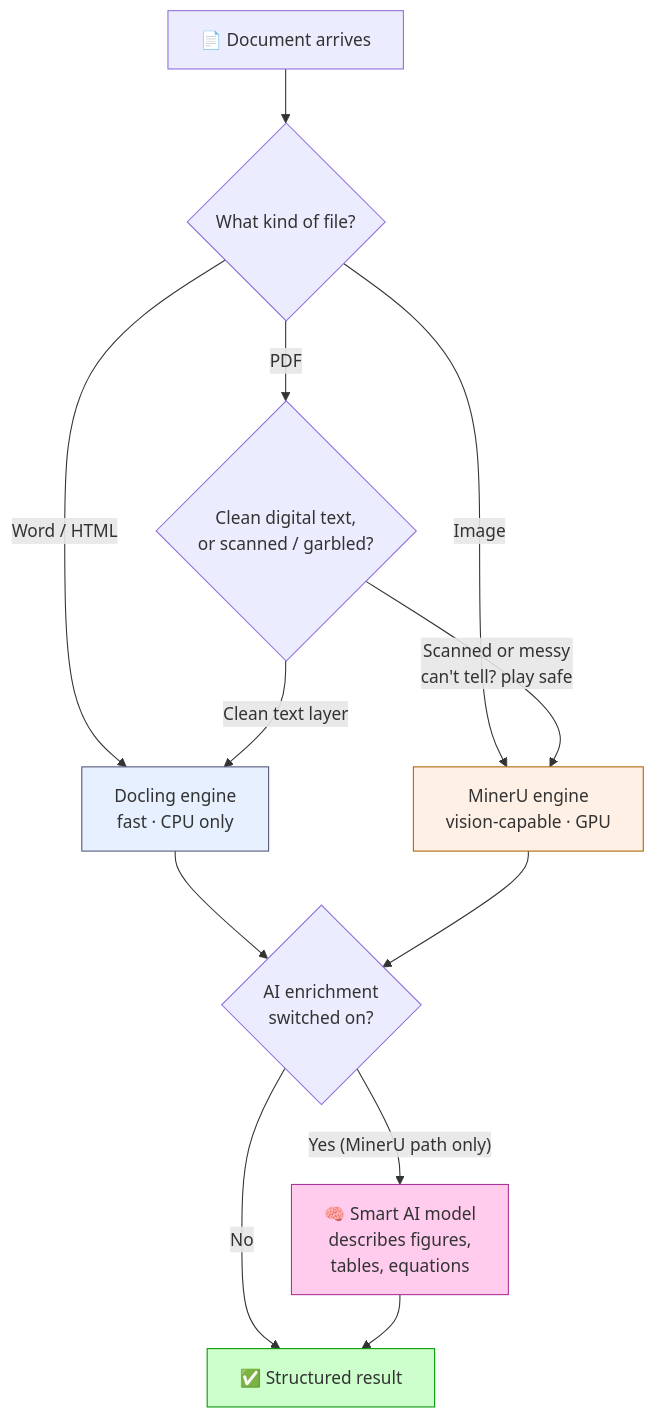
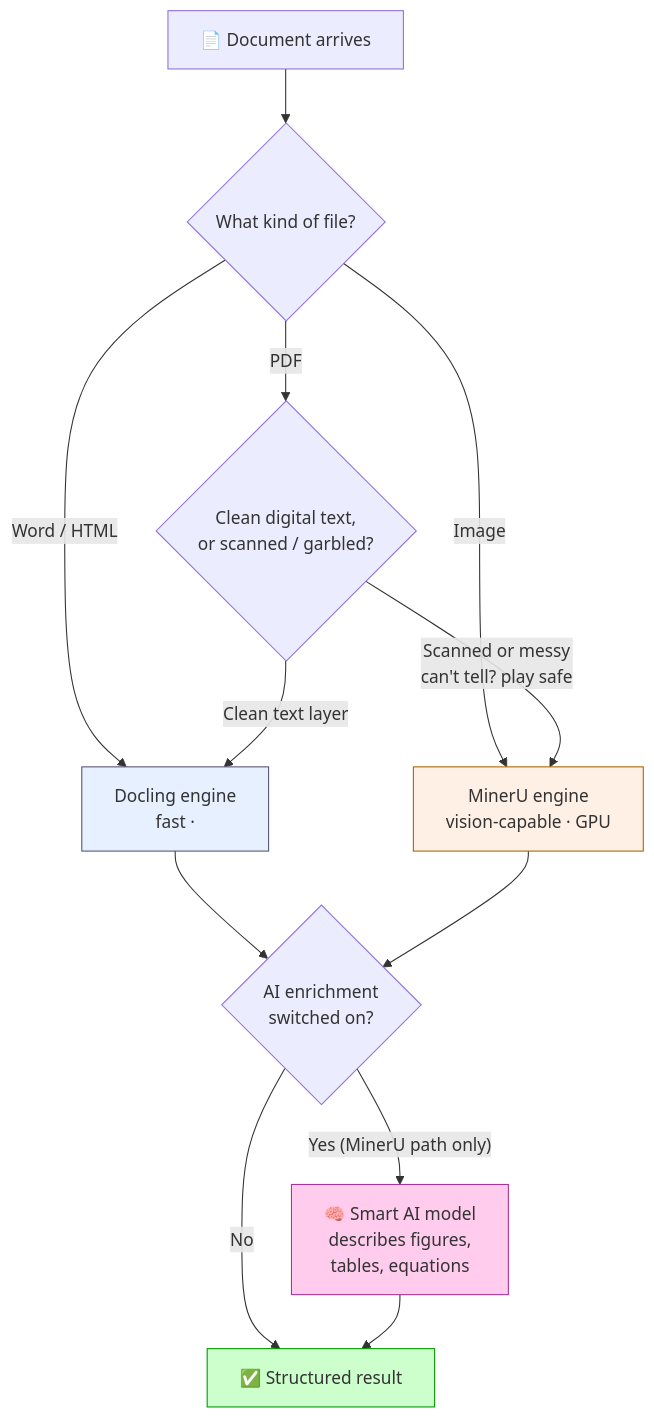
The second of 10 diagrams in docs/LOGIC_FLOW.md (anguyenbus/mineru-vlm), drawn with Mermaid before and after one commit. The commit also changed 1 other file, not shown here.

Commit message:
[batch_process_locksafe_route] upload approach

````diff
--- a/docs/LOGIC_FLOW.md
+++ b/docs/LOGIC_FLOW.md
@@ -73,22 +73,22 @@
 ```mermaid
 flowchart TD
     DOC[📄 Document arrives] --> Q1{What kind of file?}
 
-    Q1 -- Word / HTML --> DOCLING[Docling engine<br/>fast · CPU only]
+    Q1 -- Word / HTML --> DOCLING[Docling engine<br/>fast · ]
     Q1 -- Image --> MINERU[MinerU engine<br/>vision-capable · GPU]
     Q1 -- PDF --> Q2{Clean digital text,<br/>or scanned / garbled?}
 
     Q2 -- Clean text layer --> DOCLING
     Q2 -- Scanned or messy<br/>can't tell? play safe --> MINERU
 
     DOCLING --> Q3{AI enrichment<br/>switched on?}
     MINERU --> Q3
     Q3 -- No --> DONE[✅ Structured result]
     Q3 -- "Yes (MinerU path only)" --> AI[🧠 Smart AI model<br/>describes figures,<br/>tables, equations]
     AI --> DONE
 
     style DOCLING fill:#e6f0ff,stroke:#557
     style MINERU fill:#fff0e6,stroke:#a60
     style AI fill:#fce,stroke:#a39
     style DONE fill:#cfc,stroke:#090
 ```
````
